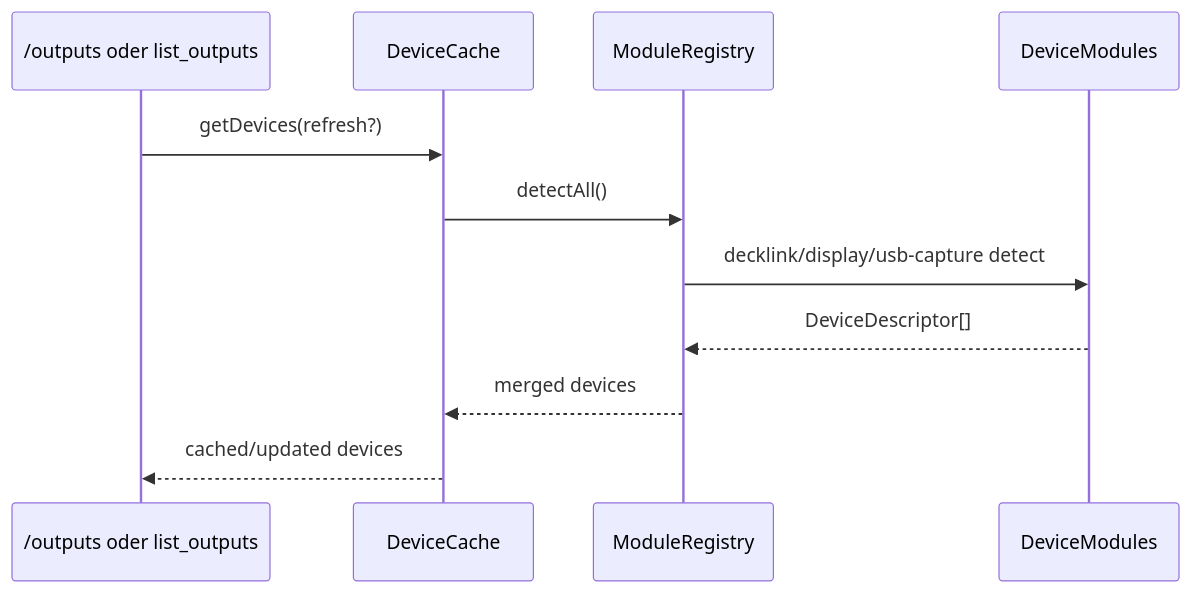
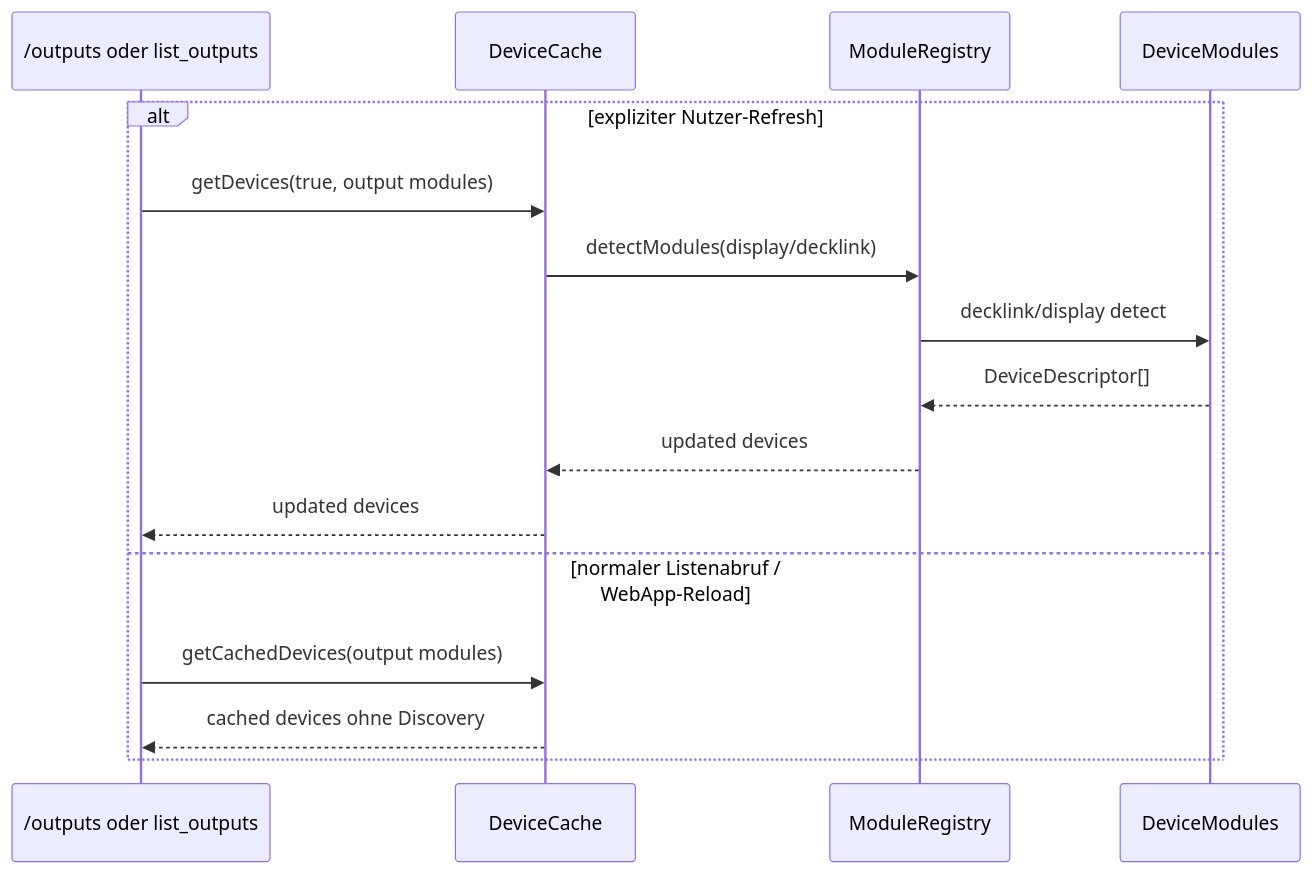
One commit to pivotrecruiting/broadify-bridge changed the fourth of 6 diagrams in docs/bridge/dataflows.md. Above: the diagram before and after it, drawn with Mermaid. The commit also changed other lines of this file and 4 other files, not shown here.

First line of the commit message:
refactor(command-router): update list_outputs to utilize cached devices and improve refresh handling

````diff
--- a/docs/bridge/dataflows.md
+++ b/docs/bridge/dataflows.md
@@ -75,14 +75,19 @@
 ```mermaid
 sequenceDiagram
   participant API as /outputs oder list_outputs
   participant DC as DeviceCache
   participant MR as ModuleRegistry
   participant DM as DeviceModules
 
-  API->>DC: getDevices(refresh?)
-  DC->>MR: detectAll()
-  MR->>DM: decklink/display/usb-capture detect
-  DM-->>MR: DeviceDescriptor[]
-  MR-->>DC: merged devices
-  DC-->>API: cached/updated devices
+  alt expliziter Nutzer-Refresh
+    API->>DC: getDevices(true, output modules)
+    DC->>MR: detectModules(display/decklink)
+    MR->>DM: decklink/display detect
+    DM-->>MR: DeviceDescriptor[]
+    MR-->>DC: updated devices
+    DC-->>API: updated devices
+  else normaler Listenabruf / WebApp-Reload
+    API->>DC: getCachedDevices(output modules)
+    DC-->>API: cached devices ohne Discovery
+  end
 ```
````
